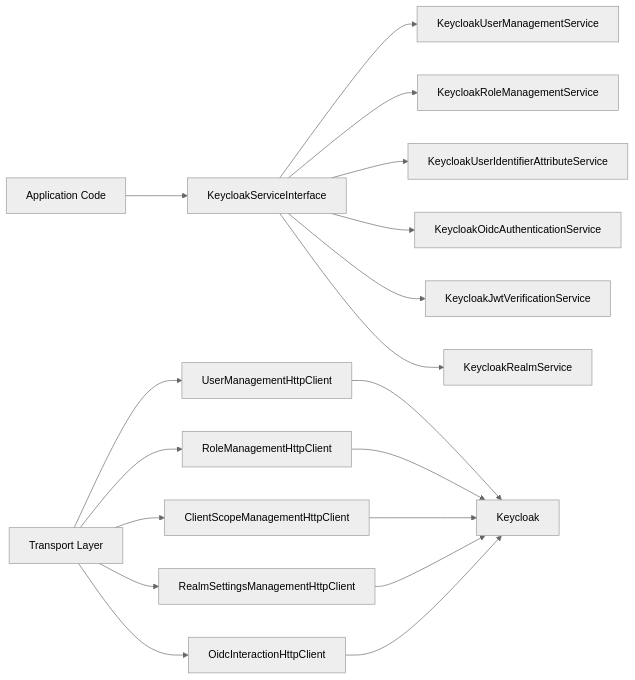
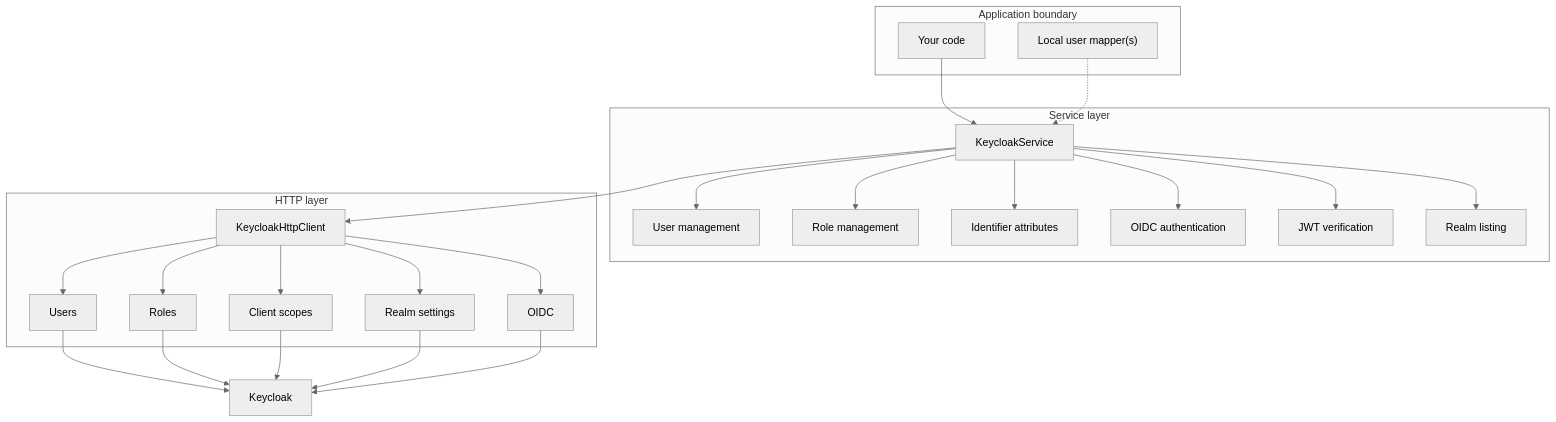
The second of 4 diagrams in docs/architecture.md (apacheborys/keycloak-php-client), drawn with Mermaid (neutral theme) before and after one commit. The commit also changed other lines of this file, not shown here.

Commit message:
12: updated architecture diagram

````diff
--- a/docs/architecture.md
+++ b/docs/architecture.md
@@ -87,27 +49,46 @@
 ```mermaid
-flowchart LR
-    App["Application Code"]
-    Service["KeycloakServiceInterface"]
-    Http["Transport Layer"]
+flowchart TB
+    subgraph Application["Application boundary"]
+        App["Your code"]
+        Mapper["Local user mapper(s)"]
+    end
 
-    App --> Service
+    subgraph Services["Service layer"]
+        Facade["KeycloakService"]
+        User["User management"]
+        Role["Role management"]
+        Identifier["Identifier attributes"]
+        Auth["OIDC authentication"]
+        Jwt["JWT verification"]
+        Realm["Realm listing"]
+    end
 
-    Service --> UserSvc["KeycloakUserManagementService"]
-    Service --> RoleSvc["KeycloakRoleManagementService"]
-    Service --> IdentifierSvc["KeycloakUserIdentifierAttributeService"]
-    Service --> OidcSvc["KeycloakOidcAuthenticationService"]
-    Service --> JwtSvc["KeycloakJwtVerificationService"]
-    Service --> RealmSvc["KeycloakRealmService"]
+    subgraph Transport["HTTP layer"]
+        HttpFacade["KeycloakHttpClient"]
+        UserHttp["Users"]
+        RoleHttp["Roles"]
+        ScopeHttp["Client scopes"]
+        RealmHttp["Realm settings"]
+        OidcHttp["OIDC"]
+    end
 
-    Http --> UserHttp["UserManagementHttpClient"]
-    Http --> RoleHttp["RoleManagementHttpClient"]
-    Http --> ScopeHttp["ClientScopeManagementHttpClient"]
-    Http --> RealmHttp["RealmSettingsManagementHttpClient"]
-    Http --> OidcHttp["OidcInteractionHttpClient"]
-
+    App --> Facade
+    Mapper -.-> Facade
+    Facade --> User
+    Facade --> Role
+    Facade --> Identifier
+    Facade --> Auth
+    Facade --> Jwt
+    Facade --> Realm
+    Facade --> HttpFacade
+    HttpFacade --> UserHttp
+    HttpFacade --> RoleHttp
+    HttpFacade --> ScopeHttp
+    HttpFacade --> RealmHttp
+    HttpFacade --> OidcHttp
     UserHttp --> KC["Keycloak"]
     RoleHttp --> KC
     ScopeHttp --> KC
     RealmHttp --> KC
     OidcHttp --> KC
 ```
````
